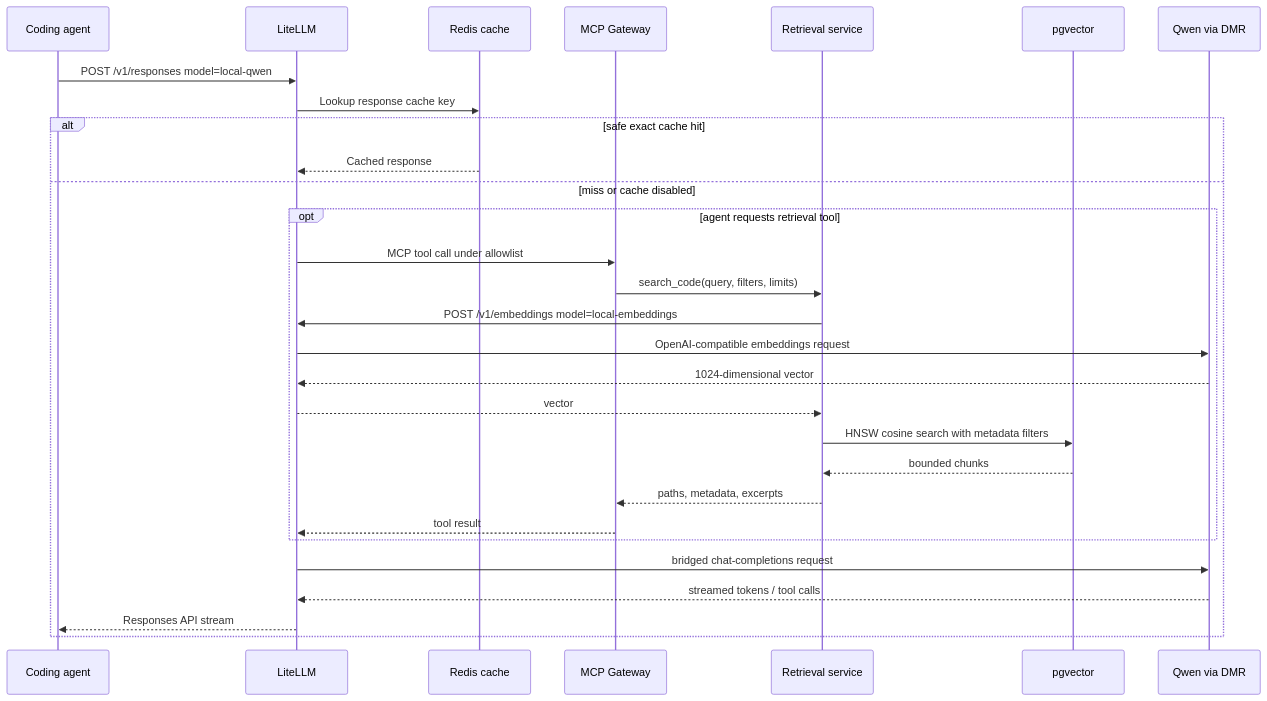
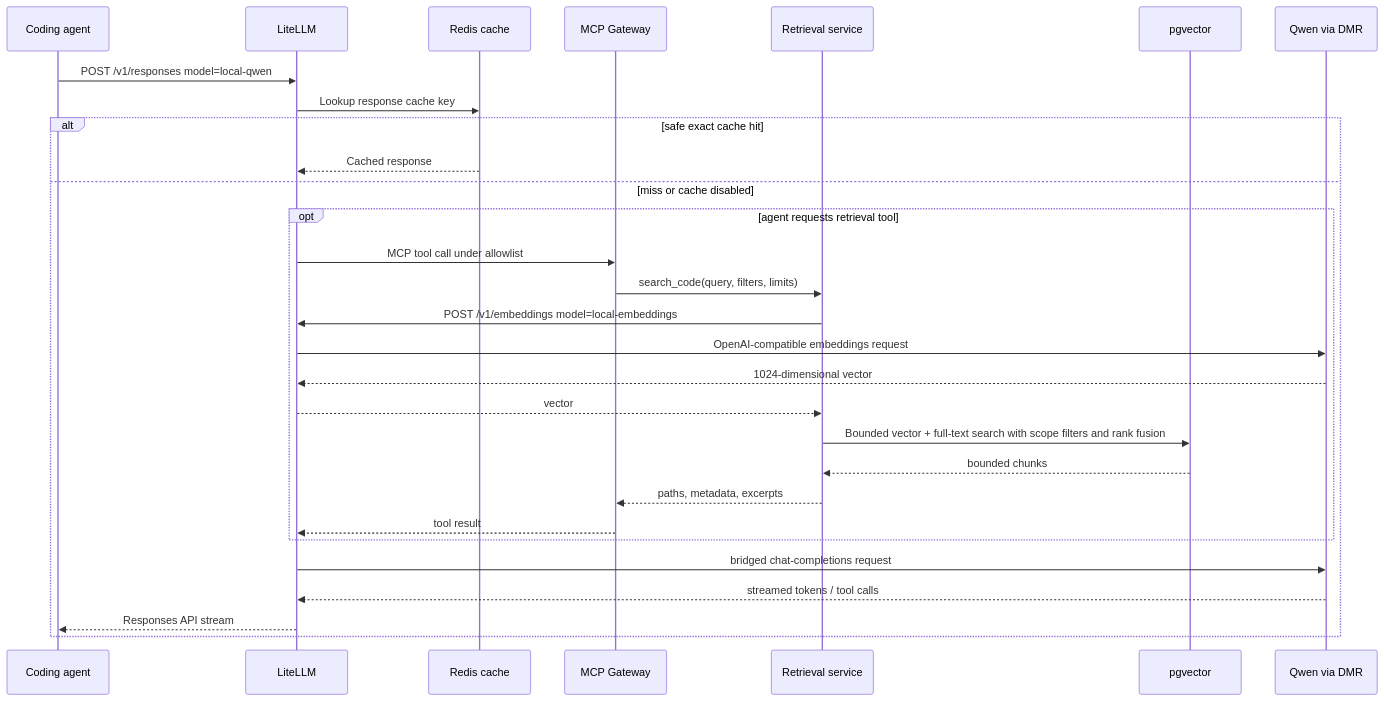
One commit to taras-kolodchyn/local-ai-platform changed the second of 4 diagrams in docs/architecture.md. Above: the diagram before and after it, drawn with Mermaid. The commit also changed other lines of this file and 40 other files, not shown here.

````diff
--- a/docs/architecture.md
+++ b/docs/architecture.md
@@ -63,32 +70,32 @@
 ```mermaid
 sequenceDiagram
     participant A as Coding agent
     participant L as LiteLLM
     participant C as Redis cache
     participant M as MCP Gateway
     participant R as Retrieval service
     participant P as pgvector
     participant Q as Qwen via DMR
 
     A->>L: POST /v1/responses model=local-qwen
     L->>C: Lookup response cache key
     alt safe exact cache hit
         C-->>L: Cached response
     else miss or cache disabled
         opt agent requests retrieval tool
             L->>M: MCP tool call under allowlist
             M->>R: search_code(query, filters, limits)
             R->>L: POST /v1/embeddings model=local-embeddings
             L->>Q: OpenAI-compatible embeddings request
             Q-->>L: 1024-dimensional vector
             L-->>R: vector
-            R->>P: HNSW cosine search with metadata filters
+            R->>P: Bounded vector + full-text search with scope filters and rank fusion
             P-->>R: bounded chunks
             R-->>M: paths, metadata, excerpts
             M-->>L: tool result
         end
         L->>Q: bridged chat-completions request
         Q-->>L: streamed tokens / tool calls
         L-->>A: Responses API stream
     end
 ```
````
